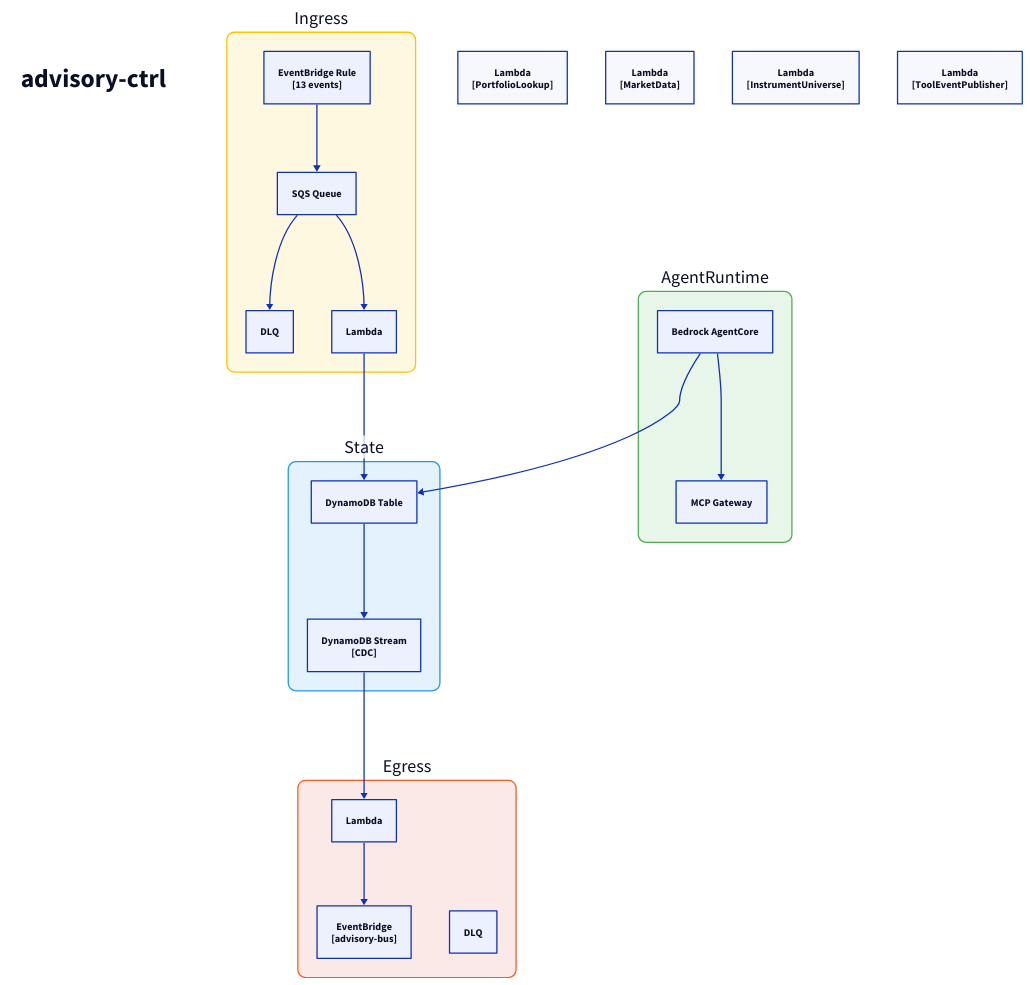
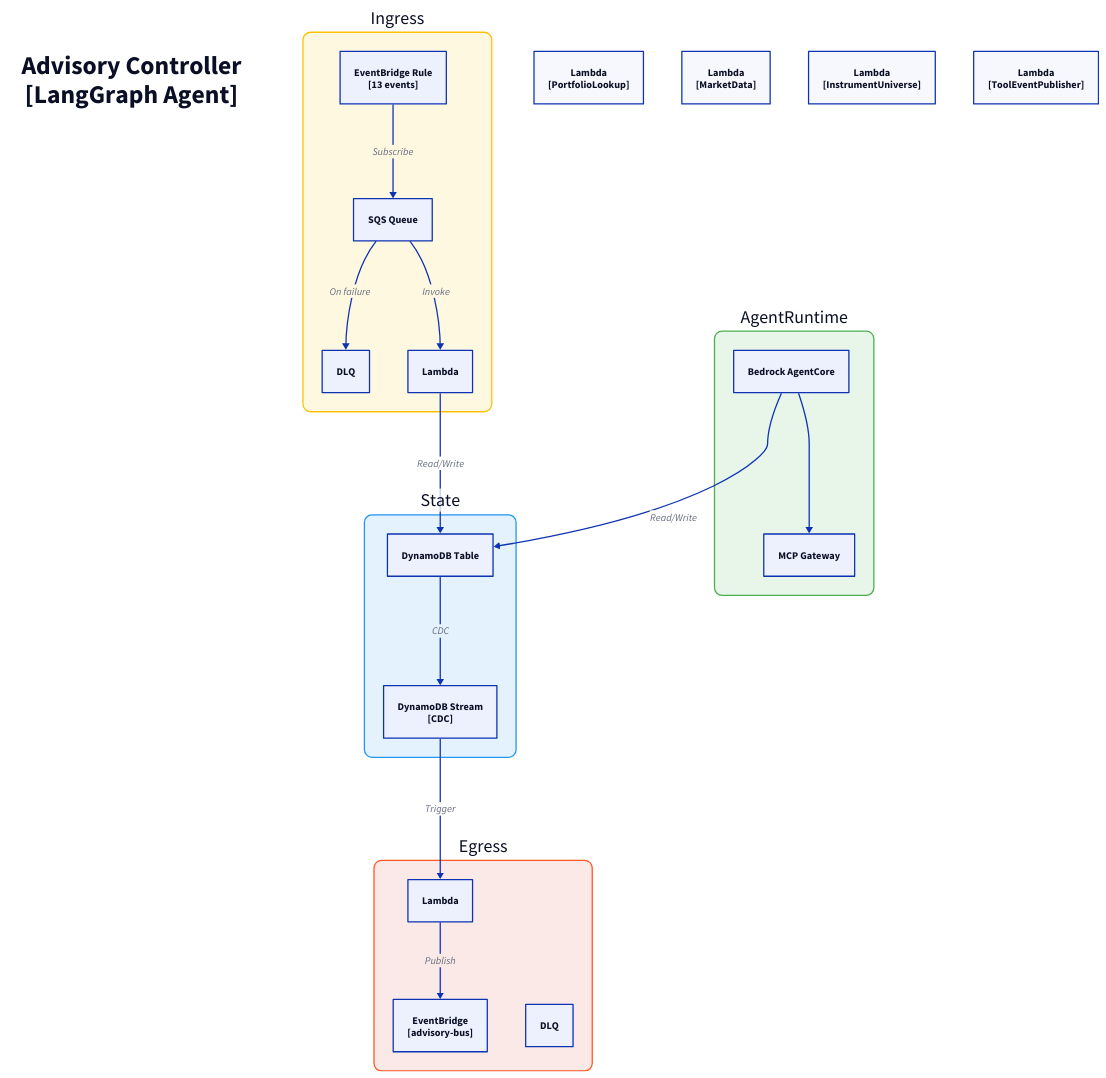
Before and after one commit to fabio-vitali/nestfolio: the diagram in docs/architecture/c3/advisory-ctrl.d2, drawn with D2. The commit also changed 71 other files, not shown here.

Commit message:
fix: regenerate C4 diagrams with semantic labels

```diff
--- a/docs/architecture/c3/advisory-ctrl.d2
+++ b/docs/architecture/c3/advisory-ctrl.d2
@@ -1,49 +1,50 @@
 direction: down
 
-title: "advisory-ctrl" {
+title: "Advisory Controller\n[LangGraph Agent]" {
   style: { font-size: 40; bold: true; fill: transparent; stroke: transparent }
 }
 
 ingress: "Ingress" {
   style: { fill: "#FFF8E1"; stroke: "#FFC107"; border-radius: 12; font-size: 28 }
   rule: "EventBridge Rule\n[13 events]" { class: aws-eventbridge }
   sqs: "SQS Queue" { class: aws-sqs }
   dlq: "DLQ" { class: aws-dlq }
   handler: "Lambda" { class: aws-lambda }
 
-  rule -> sqs -> handler
-  sqs -> dlq
+  rule -> sqs: Subscribe
+  sqs -> handler: Invoke
+  sqs -> dlq: On failure
 }
 
 state: "State" {
   style: { fill: "#E3F2FD"; stroke: "#2196F3"; border-radius: 12; font-size: 28 }
   table: "DynamoDB Table" { class: aws-dynamodb }
   stream: "DynamoDB Stream\n[CDC]" { class: aws-ddb-stream }
-  table -> stream
+  table -> stream: CDC
 }
 
 egress: "Egress" {
   style: { fill: "#FBE9E7"; stroke: "#FF5722"; border-radius: 12; font-size: 28 }
   processor: "Lambda" { class: aws-lambda }
   bus: "EventBridge\n[advisory-bus]" { class: aws-eventbridge }
   dlq: "DLQ" { class: aws-dlq }
 
-  processor -> bus
+  processor -> bus: Publish
 }
 
 agent-runtime: "AgentRuntime" {
   style: { fill: "#E8F5E9"; stroke: "#4CAF50"; border-radius: 12; font-size: 28 }
   runtime: "Bedrock AgentCore" { class: aws-bedrock }
   gateway: "MCP Gateway" { class: aws-lambda }
   runtime -> gateway
 }
 
 portfolio-lookup: "Lambda\n[PortfolioLookup]" { class: aws-lambda }
 market-data: "Lambda\n[MarketData]" { class: aws-lambda }
 instrument-universe: "Lambda\n[InstrumentUniverse]" { class: aws-lambda }
 tool-event-publisher: "Lambda\n[ToolEventPublisher]" { class: aws-lambda }
 
 # Flows
-ingress.handler -> state.table
-state.stream -> egress.processor
-agent-runtime.runtime -> state.table
+ingress.handler -> state.table: Read/Write
+state.stream -> egress.processor: Trigger
+agent-runtime.runtime -> state.table: Read/Write
```
